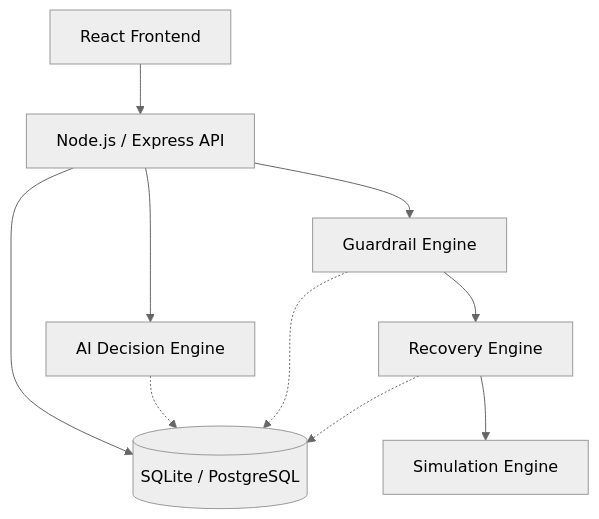
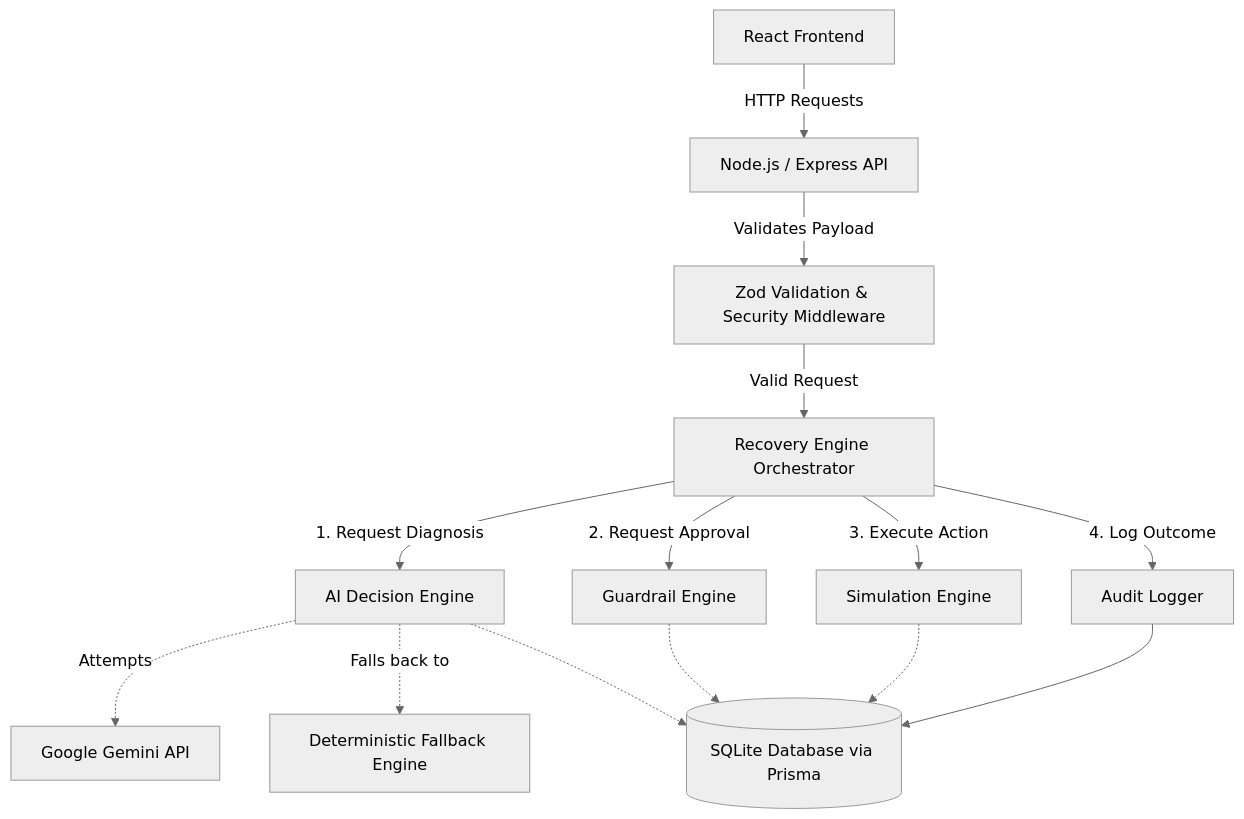
Before and after one commit to Lochit-Vinay/RazorRevive-AI: the diagram in docs/architecture.md, drawn with Mermaid (neutral theme). The commit also changed other lines of this file, not shown here.

Commit message:
docs: update system architecture

````diff
--- a/docs/architecture.md
+++ b/docs/architecture.md
@@ -5,12 +7,29 @@
 ```mermaid
-graph TD
-    UI[React Frontend] --> API[Node.js / Express API]
-    API --> AI[AI Decision Engine]
-    API --> GE[Guardrail Engine]
-    GE --> RE[Recovery Engine]
-    RE --> SIM[Simulation Engine]
-    API --> DB[(SQLite / PostgreSQL)]
+flowchart TD
+    %% Frontend to API
+    UI[React Frontend] -->|HTTP Requests| API[Node.js / Express API]
+    
+    %% API to Orchestrator
+    API -->|Validates Payload| VAL[Zod Validation & Security Middleware]
+    VAL -->|Valid Request| RE[Recovery Engine Orchestrator]
+    
+    %% Orchestrator to AI
+    RE -->|1. Request Diagnosis| AI[AI Decision Engine]
+    AI -.->|Attempts| GEM[Google Gemini API]
+    AI -.->|Falls back to| FB[Deterministic Fallback Engine]
+    
+    %% Orchestrator to Guardrails
+    RE -->|2. Request Approval| GE[Guardrail Engine]
+    
+    %% Orchestrator to Execution & Simulation
+    RE -->|3. Execute Action| SIM[Simulation Engine]
+    
+    %% Orchestrator to Audit & Database
+    RE -->|4. Log Outcome| AUD[Audit Logger]
+    AUD --> DB[(SQLite Database via Prisma)]
+    
+    %% Direct DB access lines (Simplified)
     AI -.-> DB
     GE -.-> DB
-    RE -.-> DB
+    SIM -.-> DB
 ```
````
